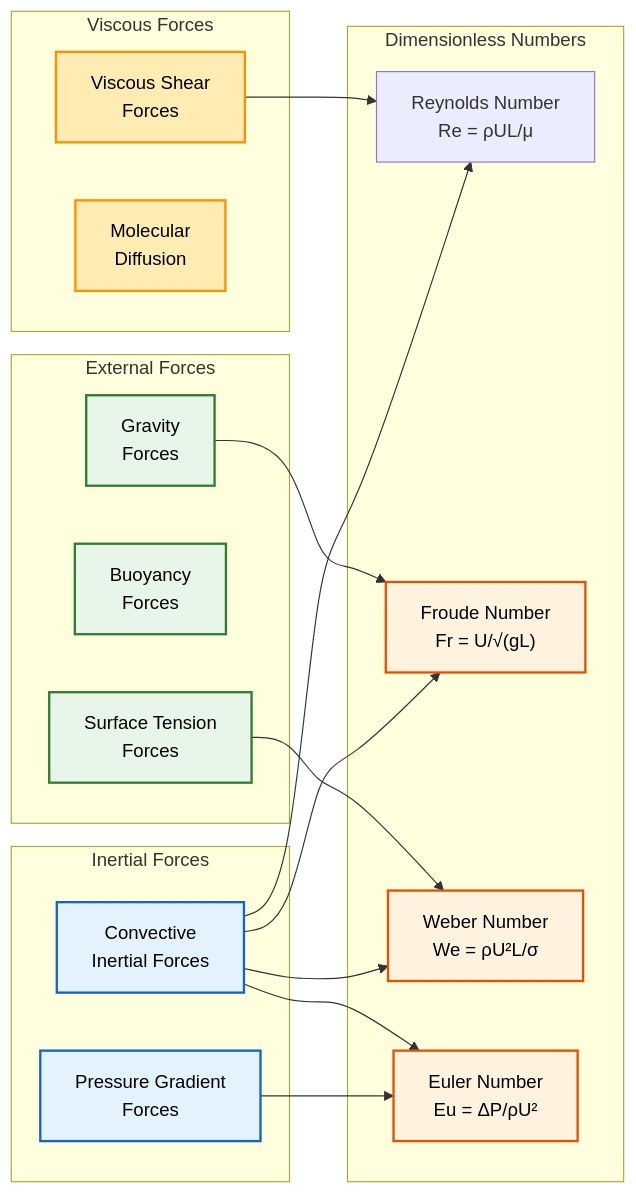
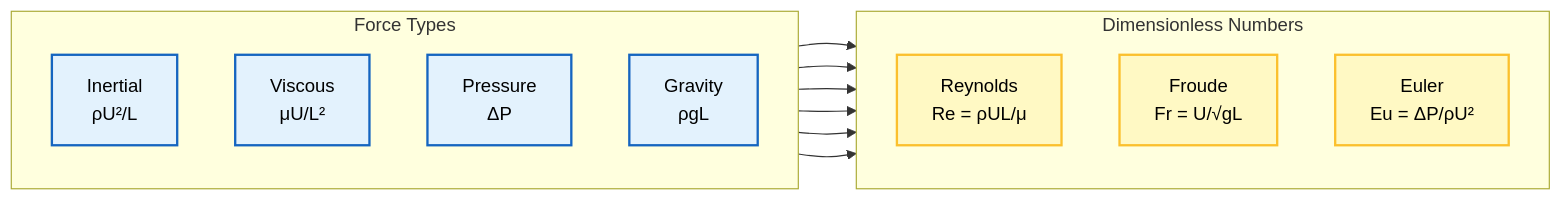
Before and after one commit to wramet/build-my-cfd: the first of 5 diagrams in MODULE_01_CFD_FUNDAMENTALS/CONTENT/01_GOVERNING_EQUATIONS/04_Dimensionless_Numbers.md, drawn with Mermaid. The commit also changed other lines of this file and 313 other files, not shown here.

Commit message:
Revise all diagram

````diff
--- a/MODULE_01_CFD_FUNDAMENTALS/CONTENT/01_GOVERNING_EQUATIONS/04_Dimensionless_Numbers.md
+++ b/MODULE_01_CFD_FUNDAMENTALS/CONTENT/01_GOVERNING_EQUATIONS/04_Dimensionless_Numbers.md
@@ -6,52 +6,30 @@
 ```mermaid
 graph LR
-    subgraph "Inertial Forces"
-        A["Convective<br/>Inertial Forces"]
-        B["Pressure Gradient<br/>Forces"]
-    end
+subgraph Forces["Force Types"]
+    direction TB
+    A["Inertial<br/>ρU²/L"]:::implicit
+    B["Viscous<br/>μU/L²"]:::implicit
+    C["Pressure<br/>ΔP"]:::implicit
+    D["Gravity<br/>ρgL"]:::implicit
+end
 
-    subgraph "Viscous Forces"
-        C["Viscous Shear<br/>Forces"]
-        D["Molecular<br/>Diffusion"]
-    end
+subgraph Numbers["Dimensionless Numbers"]
+    direction TB
+    H["Reynolds<br/>Re = ρUL/μ"]:::explicit
+    I["Froude<br/>Fr = U/√gL"]:::explicit
+    J["Euler<br/>Eu = ΔP/ρU²"]:::explicit
+end
 
-    subgraph "External Forces"
-        E["Gravity<br/>Forces"]
-        F["Buoyancy<br/>Forces"]
-        G["Surface Tension<br/>Forces"]
-    end
+A --> H
+B --> H
 
-    subgraph "Dimensionless Numbers"
-        H["Reynolds Number<br/>Re = ρUL/μ"]
-        I["Froude Number<br/>Fr = U/√(gL)"]
-        J["Weber Number<br/>We = ρU²L/σ"]
-        K["Euler Number<br/>Eu = ΔP/ρU²"]
-    end
+A --> I
+D --> I
 
-    A --> H
-    C --> H
+C --> J
+A --> J
 
-    A --> I
-    E --> I
-
-    A --> J
-    G --> J
-
-    B --> K
-    A --> K
-
-    classDef process fill:#e3f2fd,stroke:#1565c0,stroke-width:2px,color:#000;
-    classDef decision fill:#fff9c4,stroke:#fbc02d,stroke-width:2px,color:#000;
-    classDef terminator fill:#ffebee,stroke:#c62828,stroke-width:2px,color:#000;
-    classDef storage fill:#e8f5e9,stroke:#2e7d32,stroke-width:2px,color:#000;
-
-    class A,B inertial
-    class C,D viscous
-    class E,F,G external
-    class I,J,K dimensionless
-
-    classDef inertial fill:#e3f2fd,stroke:#1565c0,stroke-width:2px,color:#000;
-    classDef viscous fill:#ffecb3,stroke:#ff8f00,stroke-width:2px,color:#000;
-    classDef external fill:#e8f5e9,stroke:#2e7d32,stroke-width:2px,color:#000;
-    classDef dimensionless fill:#fff3e0,stroke:#e65100,stroke-width:2px,color:#000;
+classDef context fill:#f5f5f5,stroke:#616161,stroke-width:2px,color:#000;
+classDef implicit fill:#e3f2fd,stroke:#1565c0,stroke-width:2px,color:#000;
+classDef explicit fill:#fff9c4,stroke:#fbc02d,stroke-width:2px,color:#000;
 ```
````
